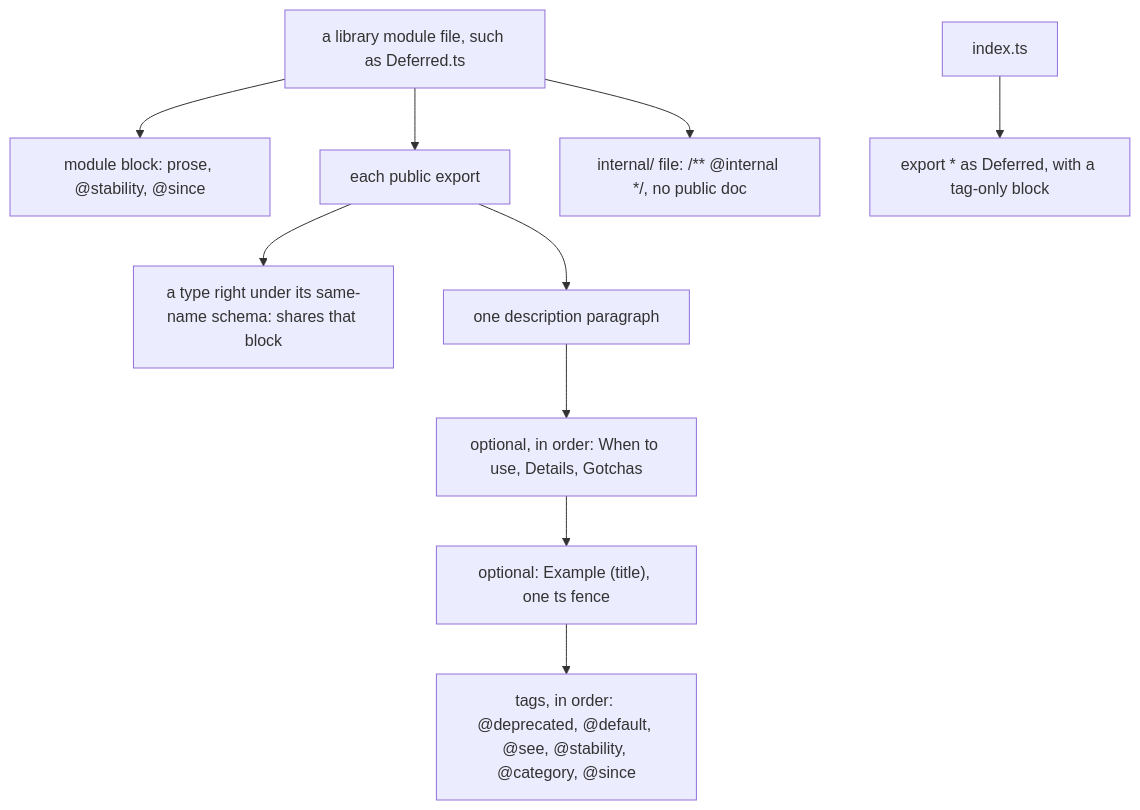
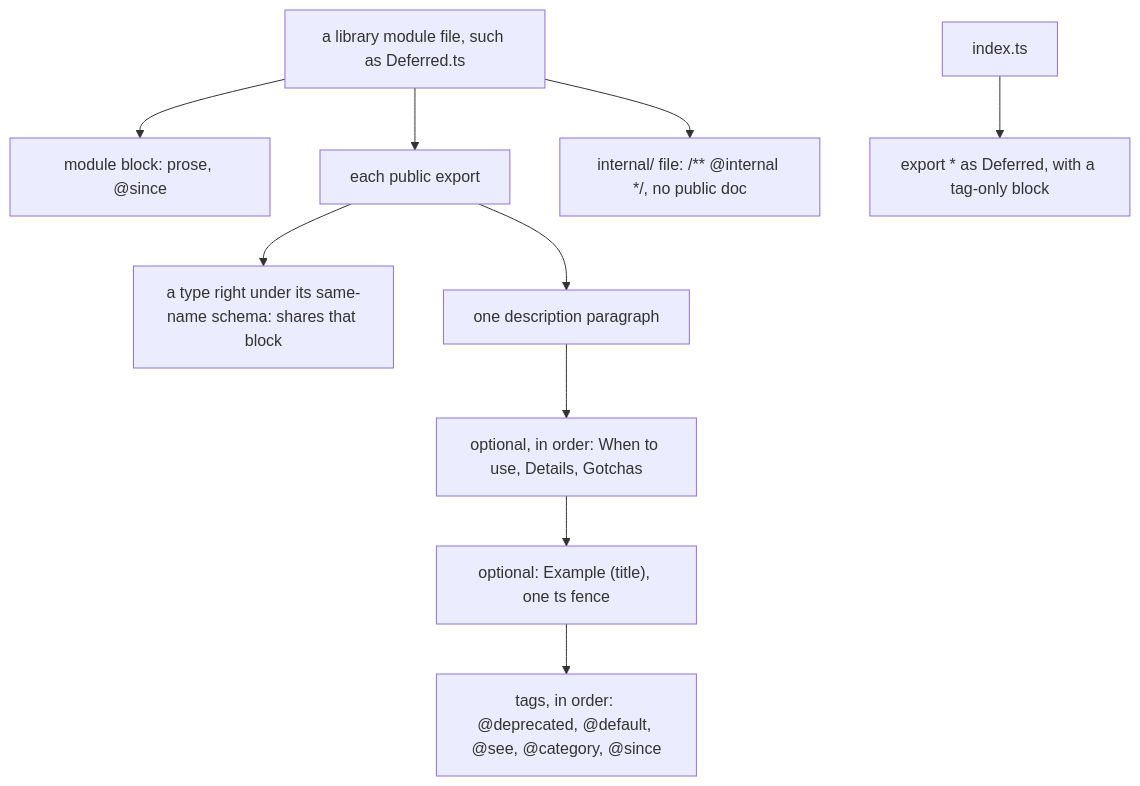
One commit to kamp-us/tea-fabrika changed the diagram in .patterns/doc-comments.md. Above: the diagram before and after it, drawn with Mermaid. The commit also changed other lines of this file and 176 other files, not shown here.

Commit message:
T1075 build: format deletes the @stability tags, and the doc-comment pattern drops them

````diff
--- a/.patterns/doc-comments.md
+++ b/.patterns/doc-comments.md
@@ -8,12 +8,12 @@
 ```mermaid
 flowchart TD
-  file["a library module file, such as Deferred.ts"] --> moduleBlock["module block: prose, @stability, @since"]
+  file["a library module file, such as Deferred.ts"] --> moduleBlock["module block: prose, @since"]
   file --> exports["each public export"]
   exports --> pair["a type right under its same-name schema: shares that block"]
   exports --> desc["one description paragraph"]
   desc --> sections["optional, in order: When to use, Details, Gotchas"]
   sections --> example["optional: Example (title), one ts fence"]
-  example --> tags["tags, in order: @deprecated, @default, @see, @stability, @category, @since"]
+  example --> tags["tags, in order: @deprecated, @default, @see, @category, @since"]
   file --> internal["internal/ file: /** @internal */, no public doc"]
   barrel["index.ts"] --> reexport["export * as Deferred, with a tag-only block"]
 ```
````
